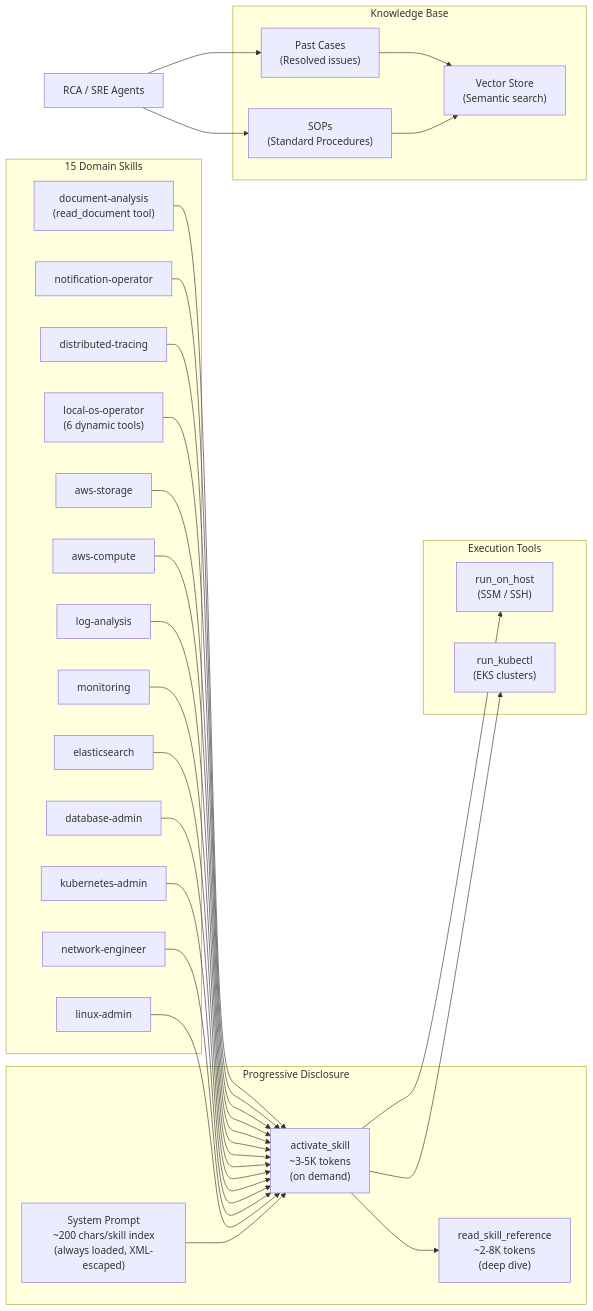
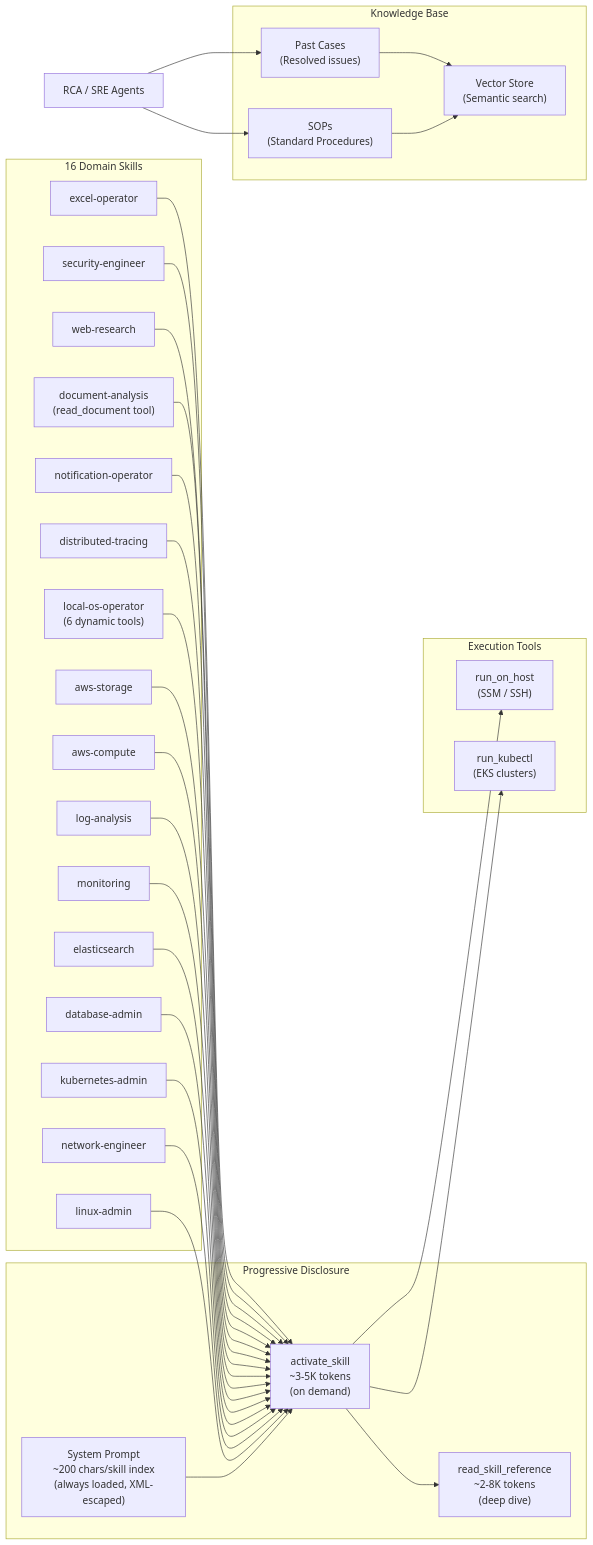
One commit to LiboMa/agenticops-chat changed the tenth of 23 diagrams in docs/WORKFLOW.md. Above: the diagram before and after it, drawn with Mermaid. The commit also changed other lines of this file, not shown here.

````diff
--- a/docs/WORKFLOW.md
+++ b/docs/WORKFLOW.md
@@ -486,57 +488,63 @@
 ```mermaid
 flowchart LR
     subgraph "Progressive Disclosure"
         PROMPT["System Prompt<br/>~200 chars/skill index<br/>(always loaded, XML-escaped)"]
         ACTIVATE["activate_skill<br/>~3-5K tokens<br/>(on demand)"]
         REF["read_skill_reference<br/>~2-8K tokens<br/>(deep dive)"]
     end
 
-    subgraph "15 Domain Skills"
+    subgraph "16 Domain Skills"
         S1["linux-admin"]
         S2["network-engineer"]
         S3["kubernetes-admin"]
         S4["database-admin"]
         S5["elasticsearch"]
         S6["monitoring"]
         S7["log-analysis"]
         S8["aws-compute"]
         S9["aws-storage"]
         S10["local-os-operator<br/>(6 dynamic tools)"]
         S11["distributed-tracing"]
         S12["notification-operator"]
         S13["document-analysis<br/>(read_document tool)"]
+        S14["web-research"]
+        S15["security-engineer"]
+        S16["excel-operator"]
     end
 
     subgraph "Execution Tools"
         HOST["run_on_host<br/>(SSM / SSH)"]
         KUBE["run_kubectl<br/>(EKS clusters)"]
     end
 
     subgraph "Knowledge Base"
         SOP["SOPs<br/>(Standard Procedures)"]
         CASES["Past Cases<br/>(Resolved issues)"]
         VEC["Vector Store<br/>(Semantic search)"]
     end
 
     PROMPT --> ACTIVATE --> REF
     S1 --> ACTIVATE
     S2 --> ACTIVATE
     S3 --> ACTIVATE
     S4 --> ACTIVATE
     S5 --> ACTIVATE
     S6 --> ACTIVATE
     S7 --> ACTIVATE
     S8 --> ACTIVATE
     S9 --> ACTIVATE
     S10 --> ACTIVATE
     S11 --> ACTIVATE
     S12 --> ACTIVATE
     S13 --> ACTIVATE
+    S14 --> ACTIVATE
+    S15 --> ACTIVATE
+    S16 --> ACTIVATE
     ACTIVATE --> HOST
     ACTIVATE --> KUBE
 
     RCA["RCA / SRE Agents"] --> SOP
     RCA --> CASES
     SOP --> VEC
     CASES --> VEC
 ```
````
